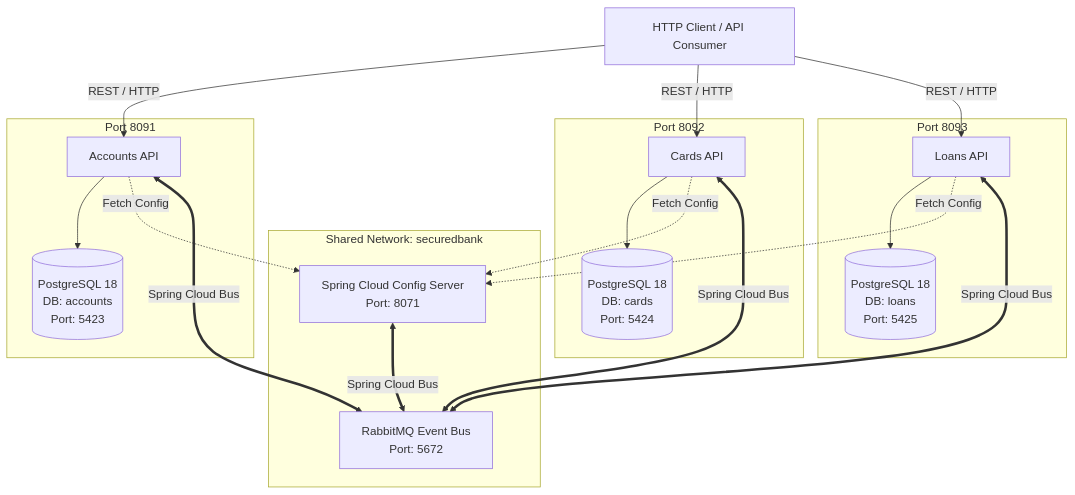
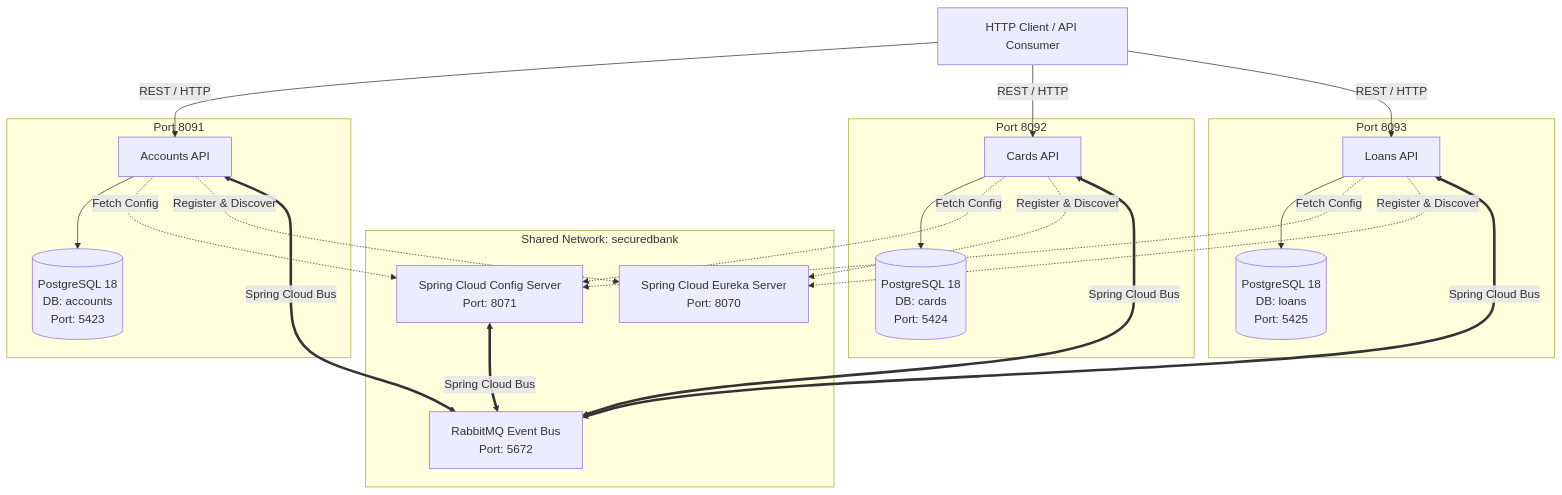
The diagram in README.md (cham207388/master-ms-sb), drawn with Mermaid before and after one commit. The commit also changed other lines of this file and 12 other files, not shown here.

````diff
--- a/README.md
+++ b/README.md
@@ -19,40 +20,45 @@
 ```mermaid
 graph TD
     Client[HTTP Client / API Consumer]
 
     subgraph Infrastructure [Shared Network: securedbank]
         ConfigServer[Spring Cloud Config Server<br/>Port: 8071]
+        EurekaServer[Spring Cloud Eureka Server<br/>Port: 8070]
         RabbitMQ[RabbitMQ Event Bus<br/>Port: 5672]
     end
 
     subgraph Accounts Microservice [Port 8091]
         AccountsApp[Accounts API]
         AccountsDB[(PostgreSQL 18<br/>DB: accounts<br/>Port: 5423)]
         AccountsApp --> AccountsDB
     end
 
     subgraph Cards Microservice [Port 8092]
         CardsApp[Cards API]
         CardsDB[(PostgreSQL 18<br/>DB: cards<br/>Port: 5424)]
         CardsApp --> CardsDB
     end
 
     subgraph Loans Microservice [Port 8093]
         LoansApp[Loans API]
         LoansDB[(PostgreSQL 18<br/>DB: loans<br/>Port: 5425)]
         LoansApp --> LoansDB
     end
 
     AccountsApp -.->|Fetch Config| ConfigServer
     CardsApp -.->|Fetch Config| ConfigServer
     LoansApp -.->|Fetch Config| ConfigServer
 
+    AccountsApp -.->|Register & Discover| EurekaServer
+    CardsApp -.->|Register & Discover| EurekaServer
+    LoansApp -.->|Register & Discover| EurekaServer
+
     AccountsApp <==>|Spring Cloud Bus| RabbitMQ
     CardsApp <==>|Spring Cloud Bus| RabbitMQ
     LoansApp <==>|Spring Cloud Bus| RabbitMQ
     ConfigServer <==>|Spring Cloud Bus| RabbitMQ
 
     Client -->|REST / HTTP| AccountsApp
     Client -->|REST / HTTP| CardsApp
     Client -->|REST / HTTP| LoansApp
 ```
````
